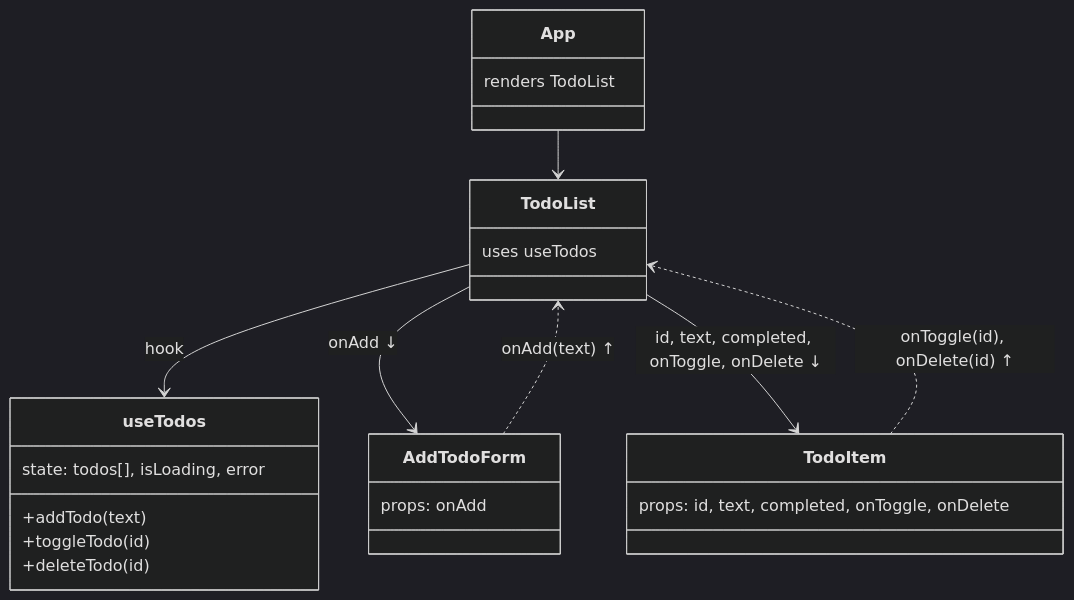
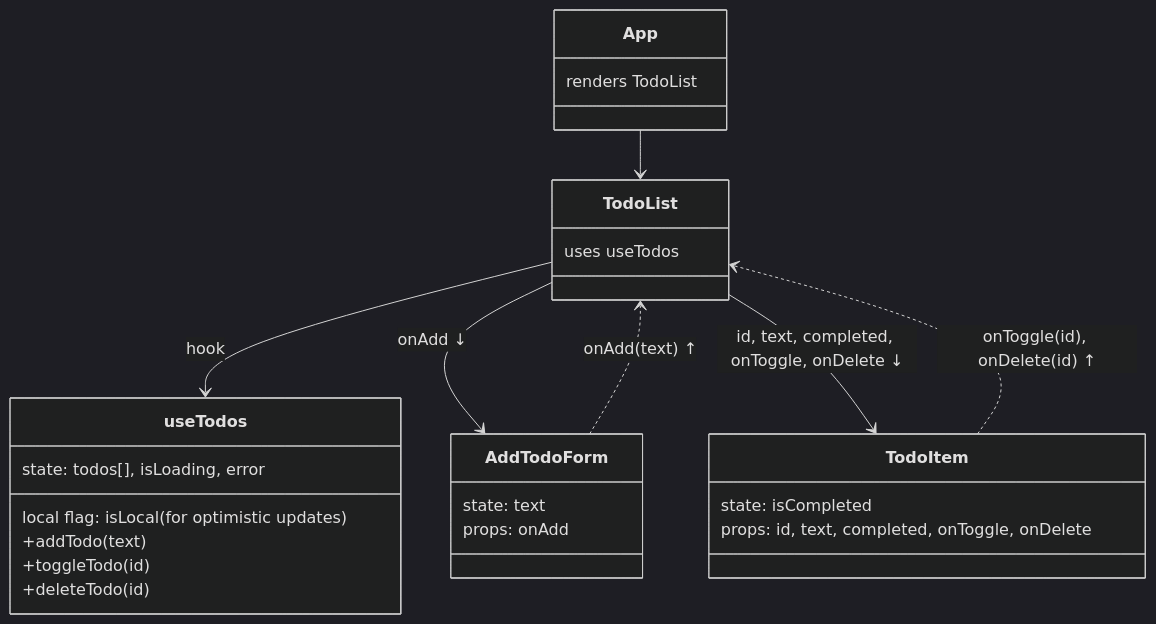
The diagram in README.md (propop0/lab-5-6), drawn with Mermaid (dark theme) before and after one commit.

Commit message:
finallд

````diff
--- a/README.md
+++ b/README.md
@@ -15,28 +15,36 @@
 ```mermaid
 classDiagram
   class App {
     renders TodoList
   }
+
   class TodoList {
     uses useTodos
   }
+
   class useTodos {
     state: todos[], isLoading, error
+    local flag: isLocal (for optimistic updates)
     +addTodo(text)
     +toggleTodo(id)
     +deleteTodo(id)
   }
+
   class AddTodoForm {
+    state: text
     props: onAdd
   }
+
   class TodoItem {
+    state: isCompleted
     props: id, text, completed, onToggle, onDelete
   }
 
   App --> TodoList
   TodoList --> useTodos : hook
   TodoList --> AddTodoForm : onAdd ↓
   TodoList --> TodoItem : id, text, completed, onToggle, onDelete ↓
   AddTodoForm ..> TodoList : onAdd(text) ↑
   TodoItem ..> TodoList : onToggle(id), onDelete(id) ↑
+
 ```
````
